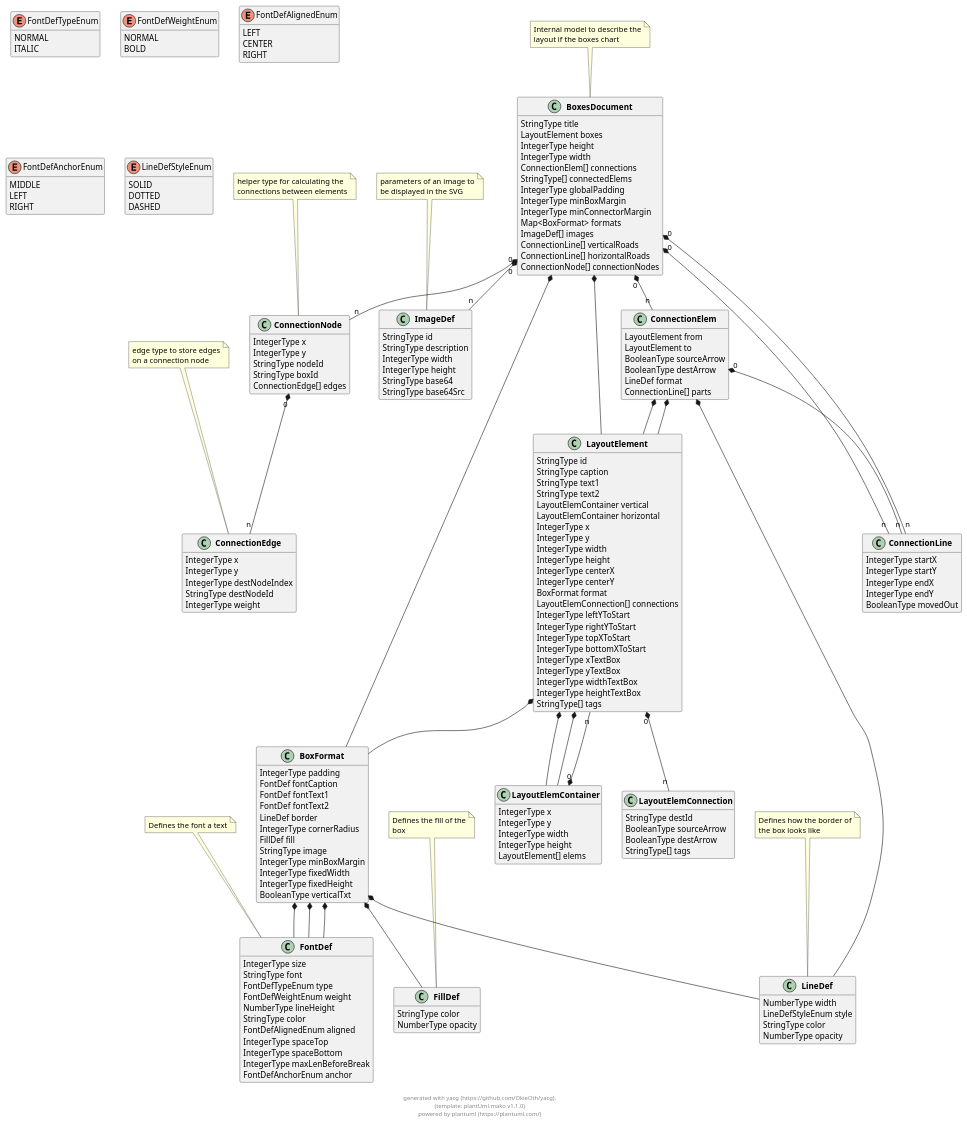
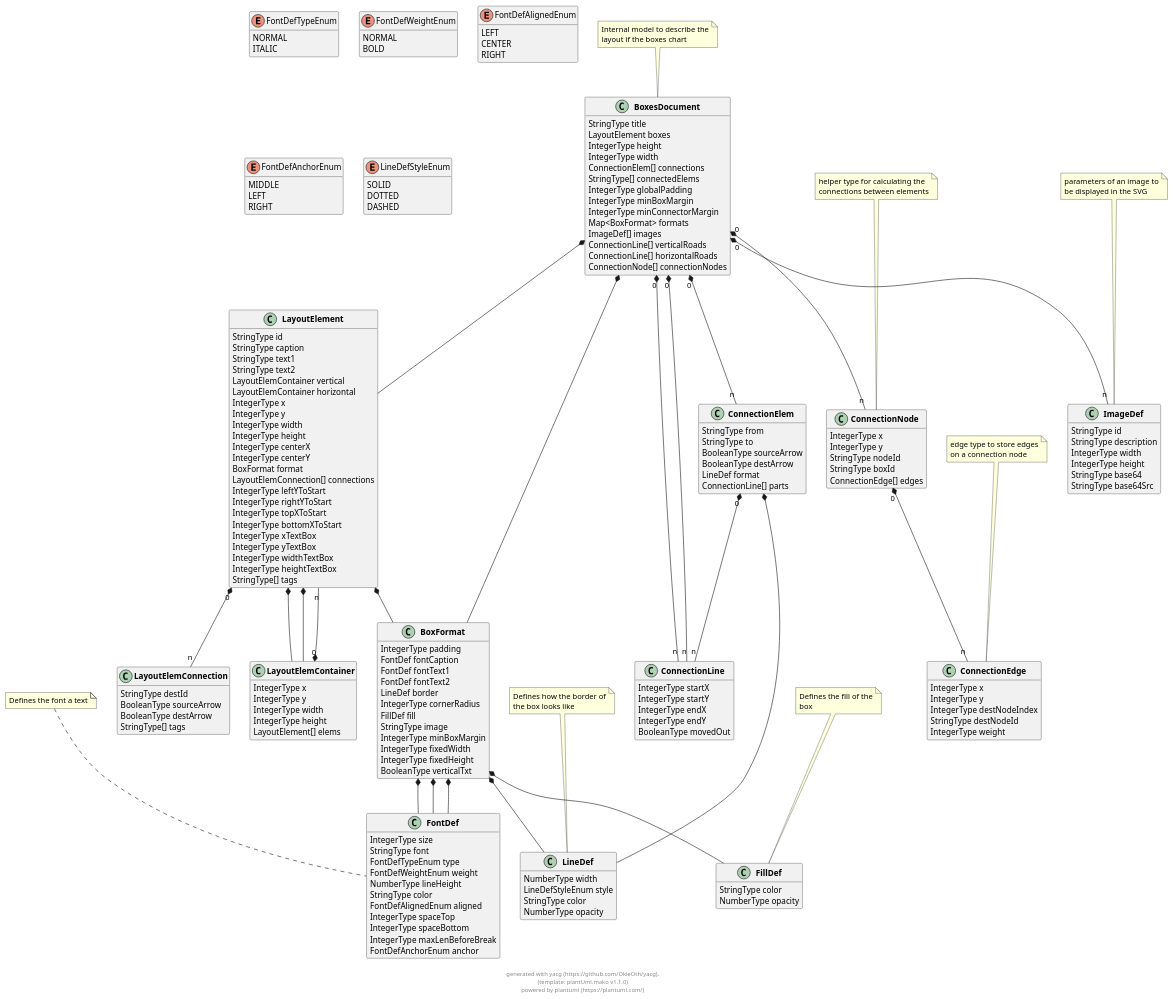
The diagram in docs/models/puml/boxes_document.puml (OkieOth/draw.chart.things), drawn with PlantUML before and after one commit. The commit also changed 7 other files, not shown here.

```diff
--- a/docs/models/puml/boxes_document.puml
+++ b/docs/models/puml/boxes_document.puml
@@ -53,8 +53,8 @@
  
 
 class "**ConnectionElem**" as ConnectionElem {
-        LayoutElement from
-        LayoutElement to
+        StringType from
+        StringType to
         BooleanType sourceArrow
         BooleanType destArrow
         LineDef format
@@ -259,9 +259,7 @@
 
 
     
-ConnectionElem  *--  LayoutElement
 
-ConnectionElem  *--  LayoutElement
 
 
 
```
